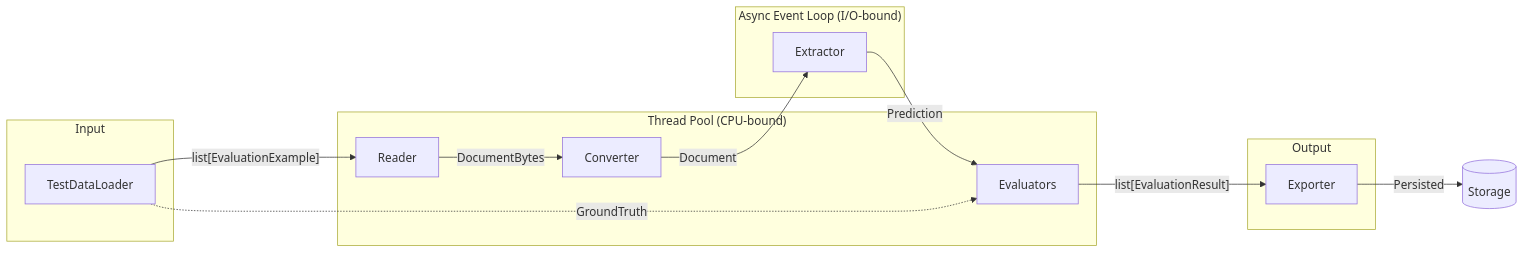
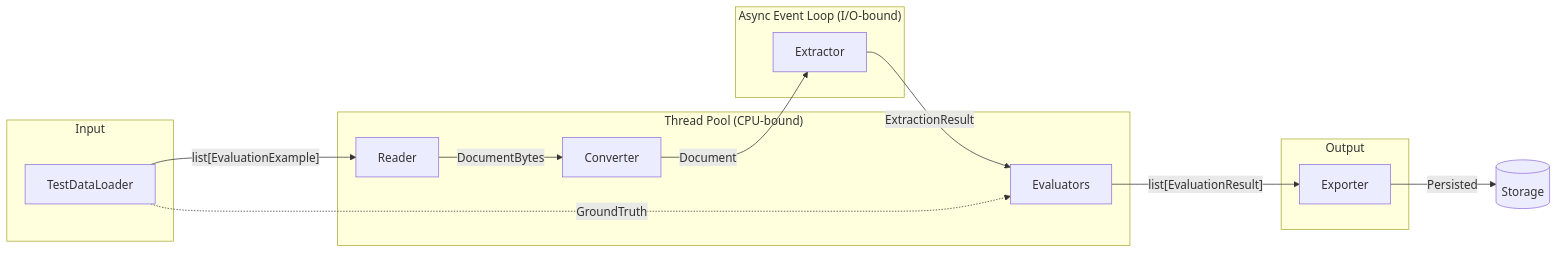
One commit to artefactory-uk/document-extraction-tools changed the first of 4 diagrams in docs/concepts/evaluation-pipeline.md. Above: the diagram before and after it, drawn with Mermaid. The commit also changed other lines of this file and 12 other files, not shown here.

````diff
--- a/docs/concepts/evaluation-pipeline.md
+++ b/docs/concepts/evaluation-pipeline.md
@@ -7,28 +7,28 @@
 ```mermaid
 flowchart LR
     subgraph Input
         TDL[TestDataLoader]
     end
 
     subgraph ThreadPool["Thread Pool (CPU-bound)"]
         R[Reader]
         C[Converter]
         EV[Evaluators]
     end
 
     subgraph AsyncIO["Async Event Loop (I/O-bound)"]
         E[Extractor]
     end
 
     subgraph Output
         EX[Exporter]
     end
 
     TDL -->|"list[EvaluationExample]"| R
     R -->|DocumentBytes| C
     C -->|Document| E
-    E -->|Prediction| EV
+    E -->|ExtractionResult| EV
     TDL -.->|GroundTruth| EV
     EV -->|"list[EvaluationResult]"| EX
     EX -->|Persisted| Storage[(Storage)]
 ```
````
